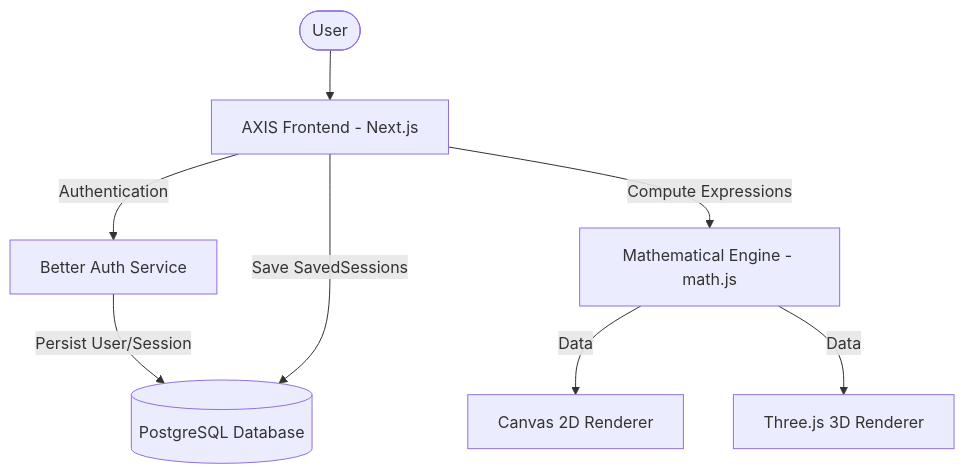
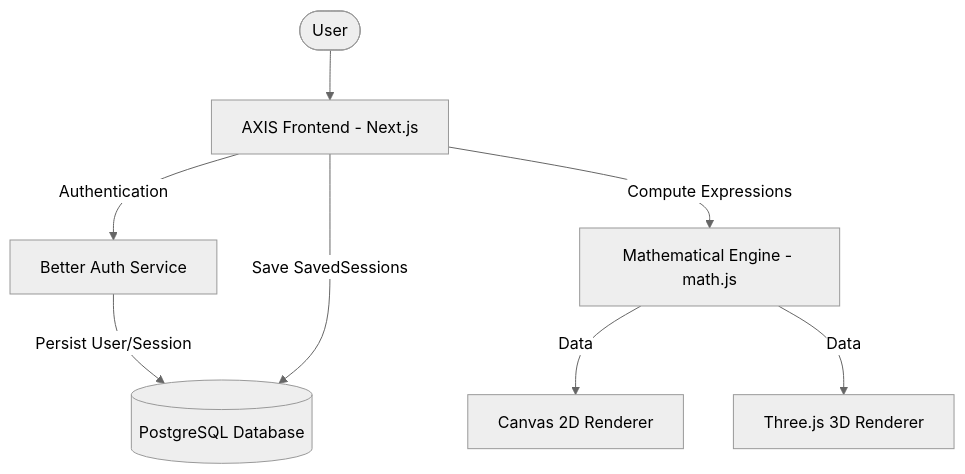
Before and after one commit to lwshakib/axis-graphing-calculator: the diagram in README.md, drawn with Mermaid. The commit also changed other lines of this file, not shown here.

Commit message:
docs: Include logo in README title and configure Mermaid diagram theme.

````diff
--- a/README.md
+++ b/README.md
@@ -41,18 +41,19 @@
 ```mermaid
+%%{init: {'theme': 'neutral'}}%%
 graph TD
     User([User])
     UI[AXIS Frontend - Next.js]
     Auth[Better Auth Service]
     DB[(PostgreSQL Database)]
     Engine[Mathematical Engine - math.js]
     Render2D[Canvas 2D Renderer]
     Render3D[Three.js 3D Renderer]
 
     User --> UI
     UI -- Authentication --> Auth
     Auth -- Persist User/Session --> DB
     UI -- Compute Expressions --> Engine
     Engine -- Data --> Render2D
     Engine -- Data --> Render3D
     UI -- Save SavedSessions --> DB
 ```
````
